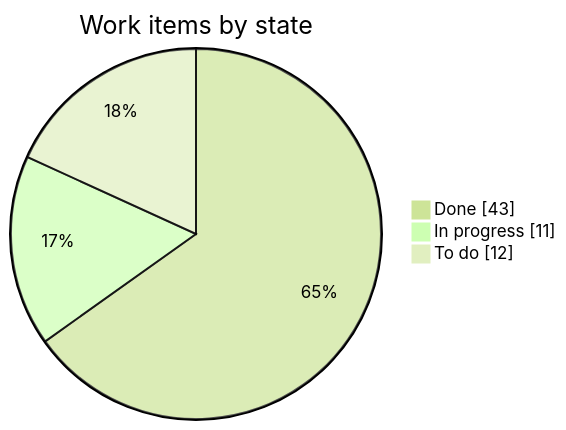
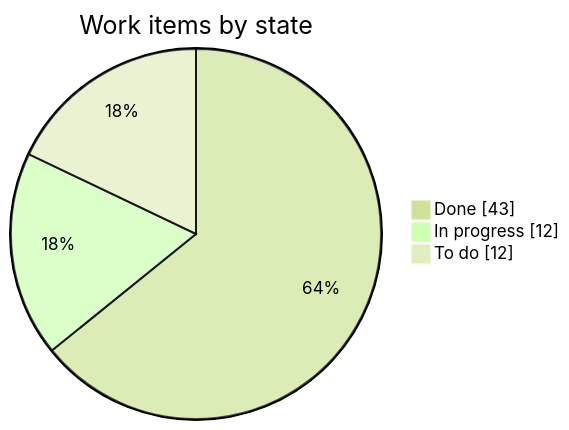
One commit to LoMagnette/ghost-light changed the first of 2 diagrams in STATUS.md. Above: the diagram before and after it, drawn with Mermaid (forest theme). The commit also changed other lines of this file and 1 other file, not shown here.

````diff
--- a/STATUS.md
+++ b/STATUS.md
@@ -31,7 +31,7 @@
 ```mermaid
 pie showData
     title Work items by state
     "Done" : 43
-    "In progress" : 11
+    "In progress" : 12
     "To do" : 12
 ```
````
